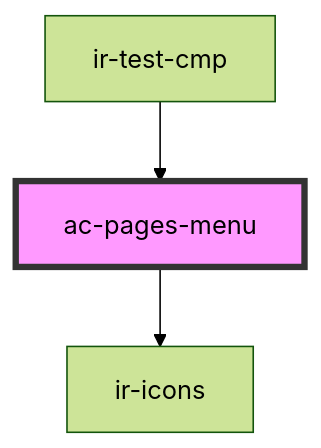
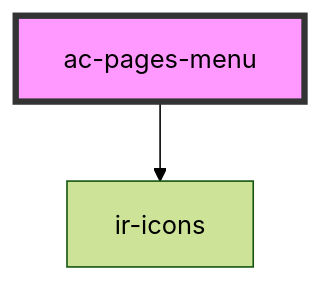
Before and after one commit to RonyRizk/ir-webcmp: the diagram in src/components/ac-pages-menu/readme.md, drawn with Mermaid (forest theme). The commit also changed other lines of this file and 586 other files, not shown here.

````diff
--- a/src/components/ac-pages-menu/readme.md
+++ b/src/components/ac-pages-menu/readme.md
@@ -34,6 +30,5 @@
 ```mermaid
 graph TD;
   ac-pages-menu --> ir-icons
-  ir-test-cmp --> ac-pages-menu
   style ac-pages-menu fill:#f9f,stroke:#333,stroke-width:4px
 ```
````
